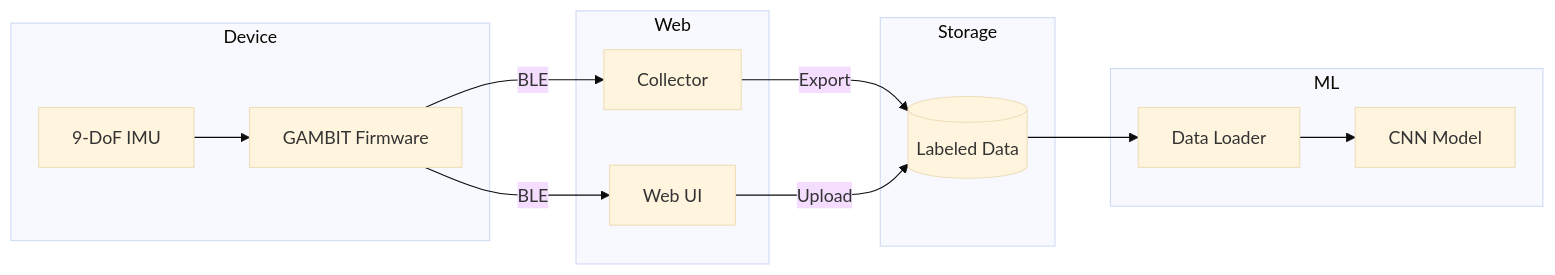
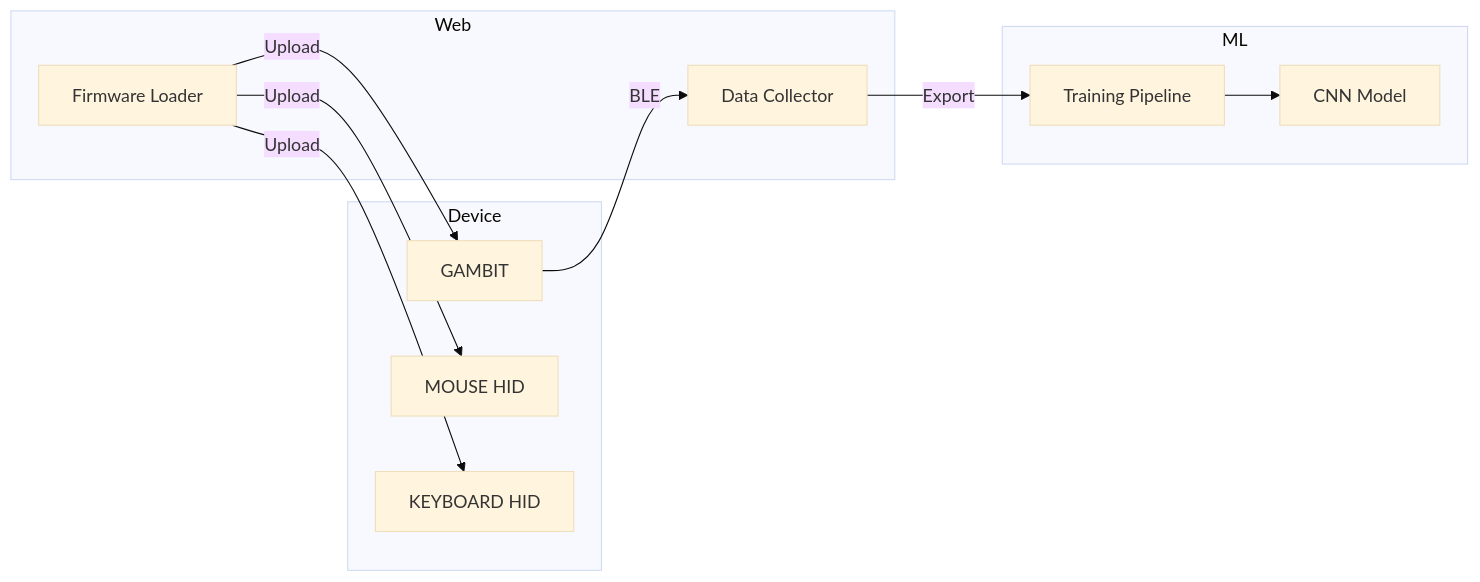
The diagram in README.md (christopherdebeer/simcap), drawn with Mermaid (base theme) before and after one commit. The commit also changed other lines of this file and 7 other files, not shown here.

First line of the commit message:
Add BLE HID firmware and web-based firmware loader

````diff
--- a/README.md
+++ b/README.md
@@ -11,29 +11,25 @@
 ```mermaid
 graph LR
     subgraph Device
-        GAMBIT[GAMBIT Firmware]
-        IMU[9-DoF IMU]
+        GAMBIT[GAMBIT]
+        MOUSE[MOUSE HID]
+        KEYBOARD[KEYBOARD HID]
     end
 
     subgraph Web
-        UI[Web UI]
-        COLLECTOR[Collector]
+        LOADER[Firmware Loader]
+        COLLECTOR[Data Collector]
     end
 
     subgraph ML
-        LOADER[Data Loader]
+        TRAIN[Training Pipeline]
         MODEL[CNN Model]
     end
 
-    subgraph Storage
-        DATA[(Labeled Data)]
-    end
-
-    IMU --> GAMBIT
-    GAMBIT --> |BLE| UI
+    LOADER --> |Upload| GAMBIT
+    LOADER --> |Upload| MOUSE
+    LOADER --> |Upload| KEYBOARD
     GAMBIT --> |BLE| COLLECTOR
-    COLLECTOR --> |Export| DATA
-    UI --> |Upload| DATA
-    DATA --> LOADER
-    LOADER --> MODEL
+    COLLECTOR --> |Export| TRAIN
+    TRAIN --> MODEL
 ```
````
